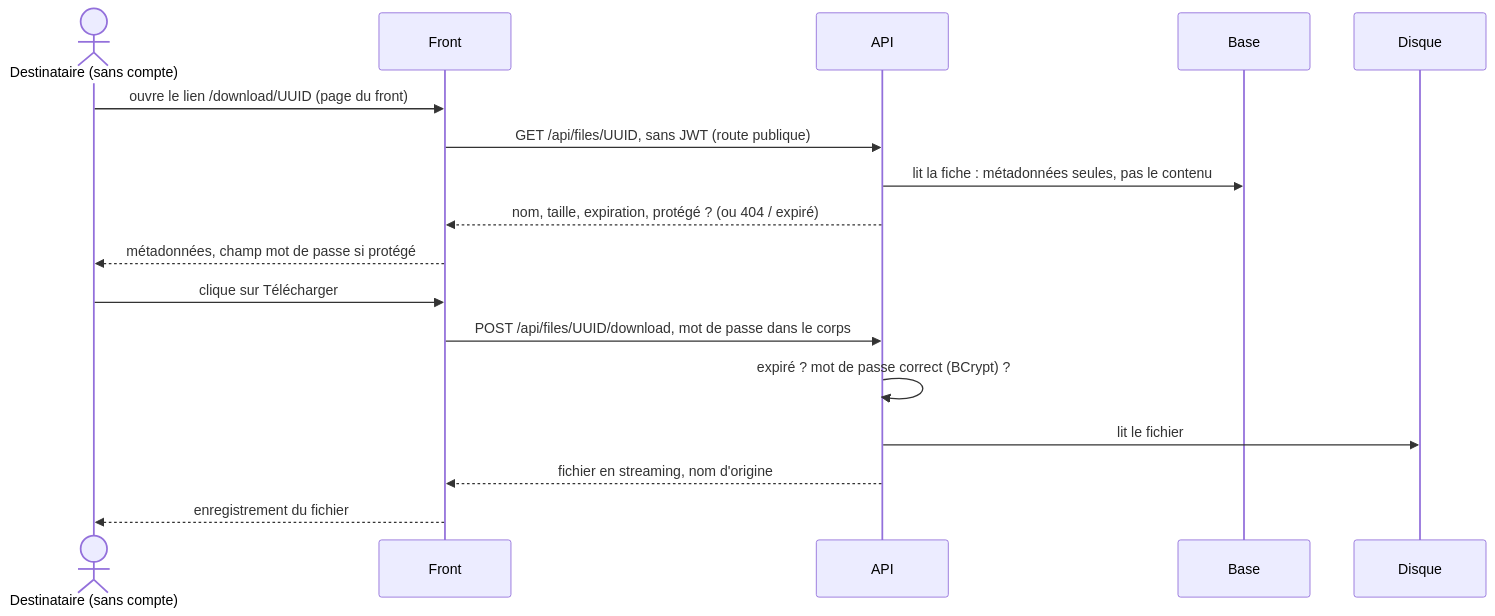
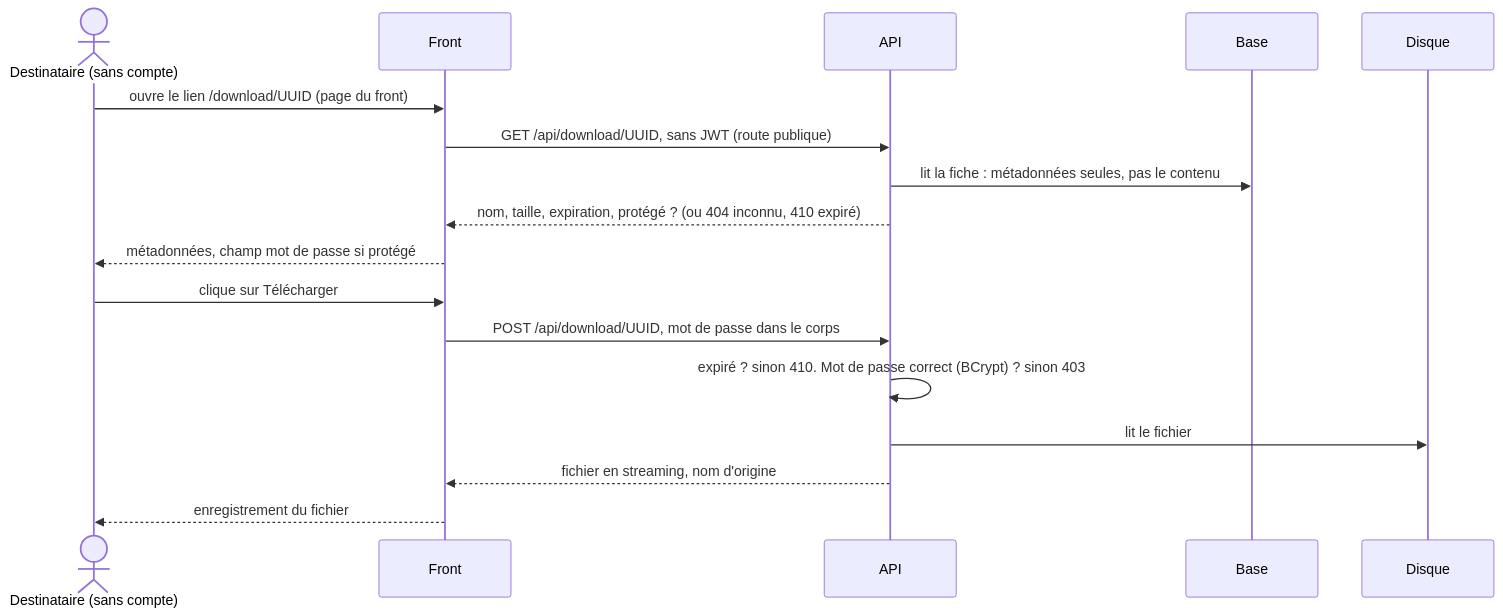
The fourth of 5 diagrams in docs/conception/architecture.md (younesyousfipro/data-share), drawn with Mermaid before and after one commit. The commit also changed 2 other files, not shown here.

Commit message:
docs: misc updates

````diff
--- a/docs/conception/architecture.md
+++ b/docs/conception/architecture.md
@@ -173,20 +173,20 @@
 ```mermaid
 sequenceDiagram
   actor R as Destinataire (sans compte)
   participant F as Front
   participant A as API
   participant B as Base
   participant D as Disque
 
   R->>F: ouvre le lien /download/UUID (page du front)
-  F->>A: GET /api/files/UUID, sans JWT (route publique)
+  F->>A: GET /api/download/UUID, sans JWT (route publique)
   A->>B: lit la fiche : métadonnées seules, pas le contenu
-  A-->>F: nom, taille, expiration, protégé ? (ou 404 / expiré)
+  A-->>F: nom, taille, expiration, protégé ? (ou 404 inconnu, 410 expiré)
   F-->>R: métadonnées, champ mot de passe si protégé
   R->>F: clique sur Télécharger
-  F->>A: POST /api/files/UUID/download, mot de passe dans le corps
-  A->>A: expiré ? mot de passe correct (BCrypt) ?
+  F->>A: POST /api/download/UUID, mot de passe dans le corps
+  A->>A: expiré ? sinon 410. Mot de passe correct (BCrypt) ? sinon 403
   A->>D: lit le fichier
   A-->>F: fichier en streaming, nom d'origine
   F-->>R: enregistrement du fichier
 ```
````
